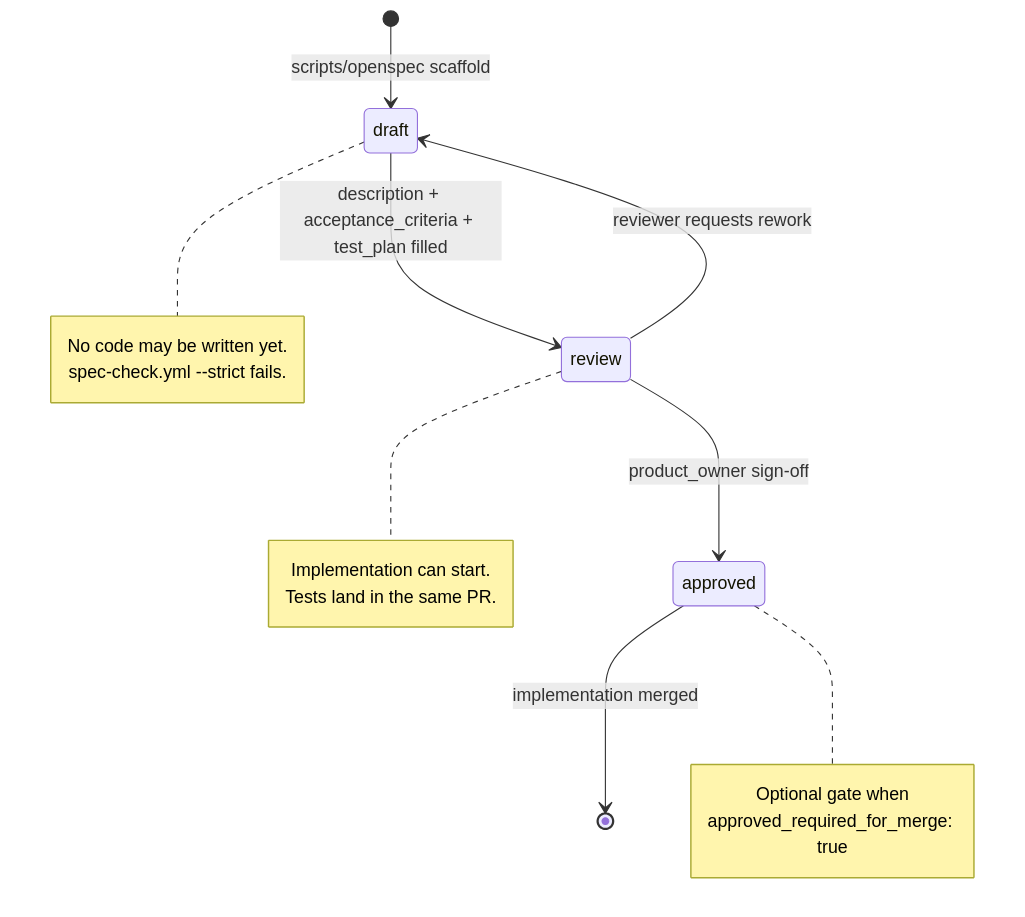
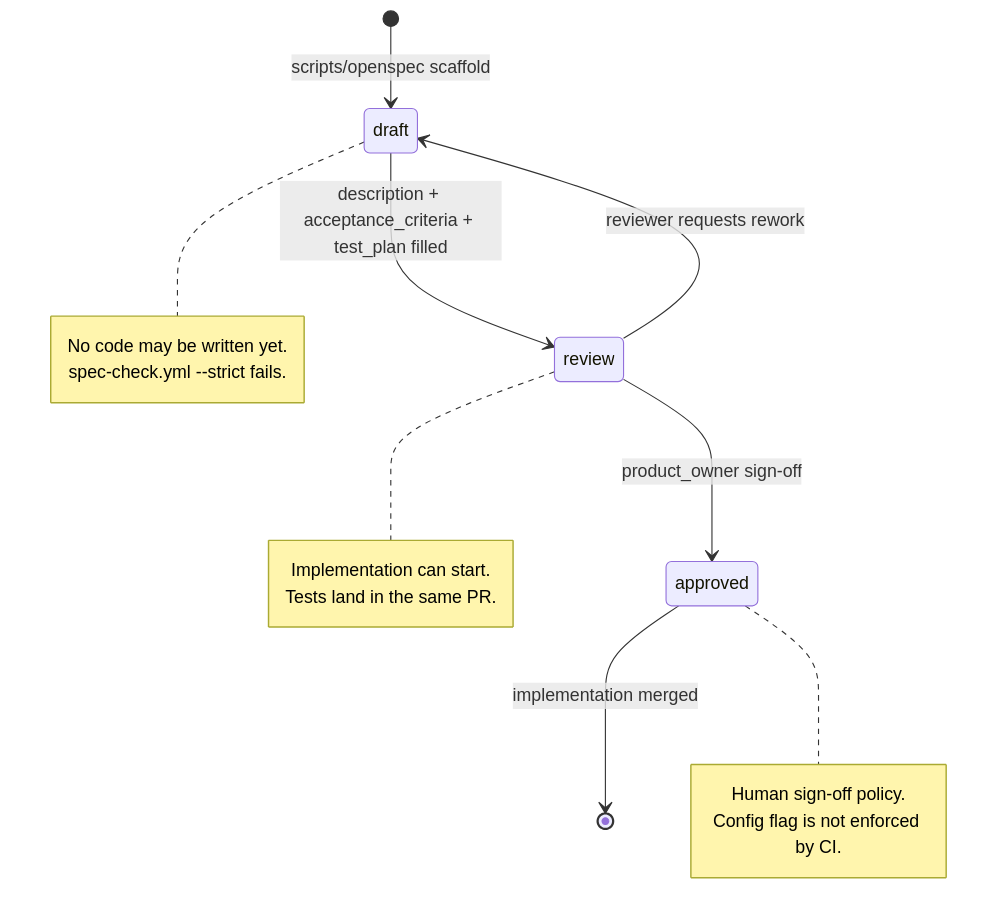
The second of 3 diagrams in docs/OPENSPEC.md (arananet/openspec-template), drawn with Mermaid before and after one commit. The commit also changed other lines of this file and 30 other files, not shown here.

````diff
--- a/docs/OPENSPEC.md
+++ b/docs/OPENSPEC.md
@@ -44,23 +48,23 @@
 ```mermaid
 stateDiagram-v2
     [*] --> draft : scripts/openspec scaffold
     draft --> review : description + acceptance_criteria + test_plan filled
     review --> approved : product_owner sign-off
     review --> draft : reviewer requests rework
     approved --> [*] : implementation merged
 
     note right of draft
         No code may be written yet.
         spec-check.yml --strict fails.
     end note
 
     note right of review
         Implementation can start.
         Tests land in the same PR.
     end note
 
     note right of approved
-        Optional gate when
-        approved_required_for_merge: true
+        Human sign-off policy.
+        Config flag is not enforced by CI.
     end note
 ```
````
